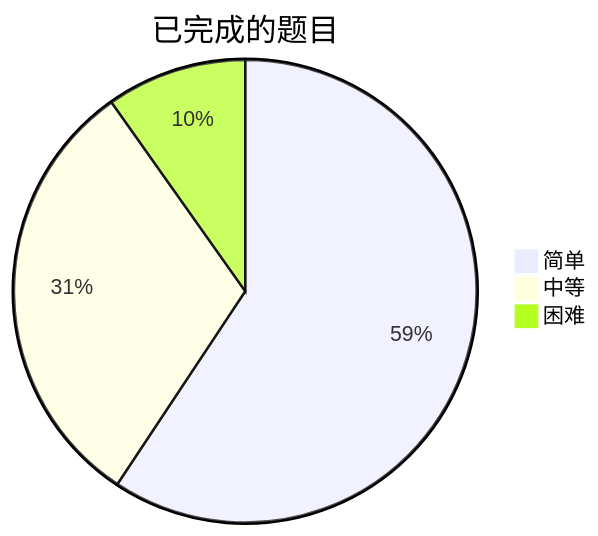
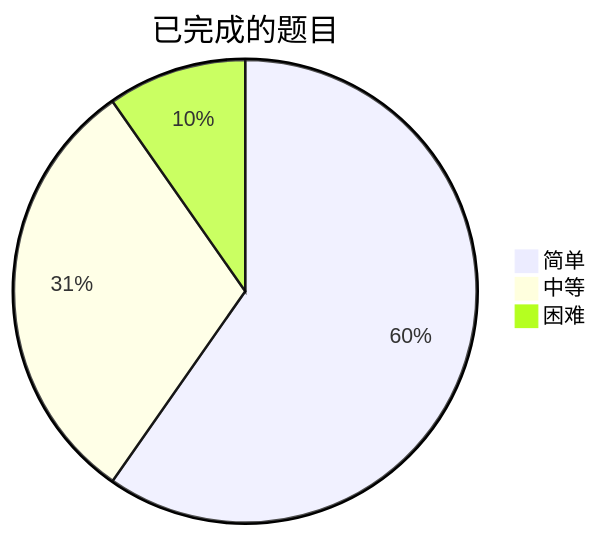
One commit to kaisa911/LeetCode changed the diagram in README.md. Above: the diagram before and after it, drawn with Mermaid. The commit also changed other lines of this file and 2 other files, not shown here.

````diff
--- a/README.md
+++ b/README.md
@@ -12,7 +12,7 @@
 ```mermaid
 pie title 已完成的题目
-    "简单" : 121
+    "简单" : 123
     "中等" : 63
     "困难" : 20
 
 ```
````
